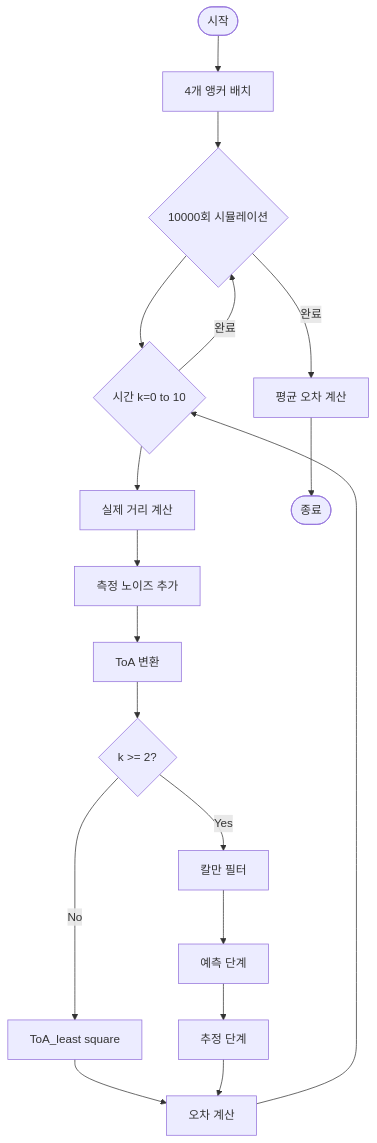
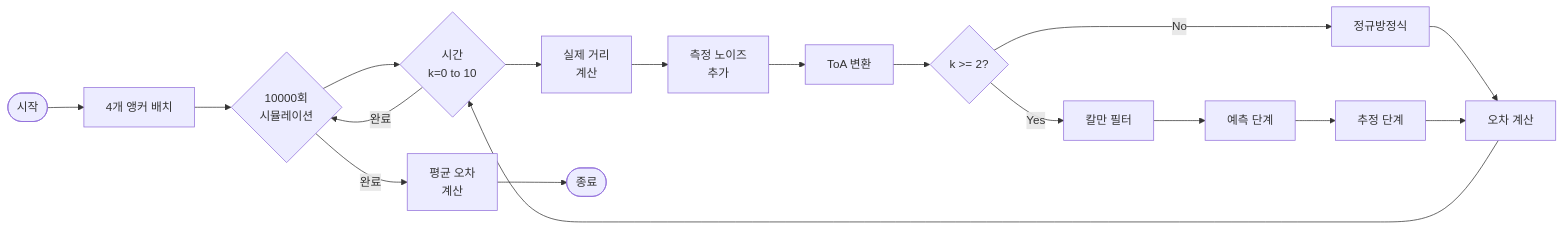
Before and after one commit to Yongseok1221/Kalman_Filter_ToA: the diagram in README.md, drawn with Mermaid.

Commit message:
Update flowchart formatting in README.md

````diff
--- a/README.md
+++ b/README.md
@@ -2,30 +2,30 @@
 ```mermaid
-flowchart TD
+flowchart LR
     Start([시작]) --> Init[4개 앵커 배치]
-    Init --> SimLoop{10000회 시뮬레이션}
+    Init --> SimLoop{10000회<br/>시뮬레이션}
     
-    SimLoop --> TimeLoop{시간 k=0 to 10}
+    SimLoop --> TimeLoop{시간<br/>k=0 to 10}
     
-    TimeLoop --> CalcDist[실제 거리 계산]
-    CalcDist --> AddNoise[측정 노이즈 추가]
+    TimeLoop --> CalcDist[실제 거리<br/>계산]
+    CalcDist --> AddNoise[측정 노이즈<br/>추가]
     AddNoise --> ToA[ToA 변환]
     
     ToA --> CheckK{k >= 2?}
     
-    CheckK -->|No| LSE[ToA_least square]
+    CheckK -->|No| LSE[정규방정식]
     CheckK -->|Yes| KF[칼만 필터]
     
     KF --> Predict[예측 단계]
     Predict --> Update[추정 단계]
     
     LSE --> CalcError[오차 계산]
     Update --> CalcError
     
     CalcError --> TimeLoop
     
     TimeLoop -->|완료| SimLoop
-    SimLoop -->|완료| AvgError[평균 오차 계산]
+    SimLoop -->|완료| AvgError[평균 오차<br/>계산]
     
     AvgError --> End([종료])
     
 ```
````
